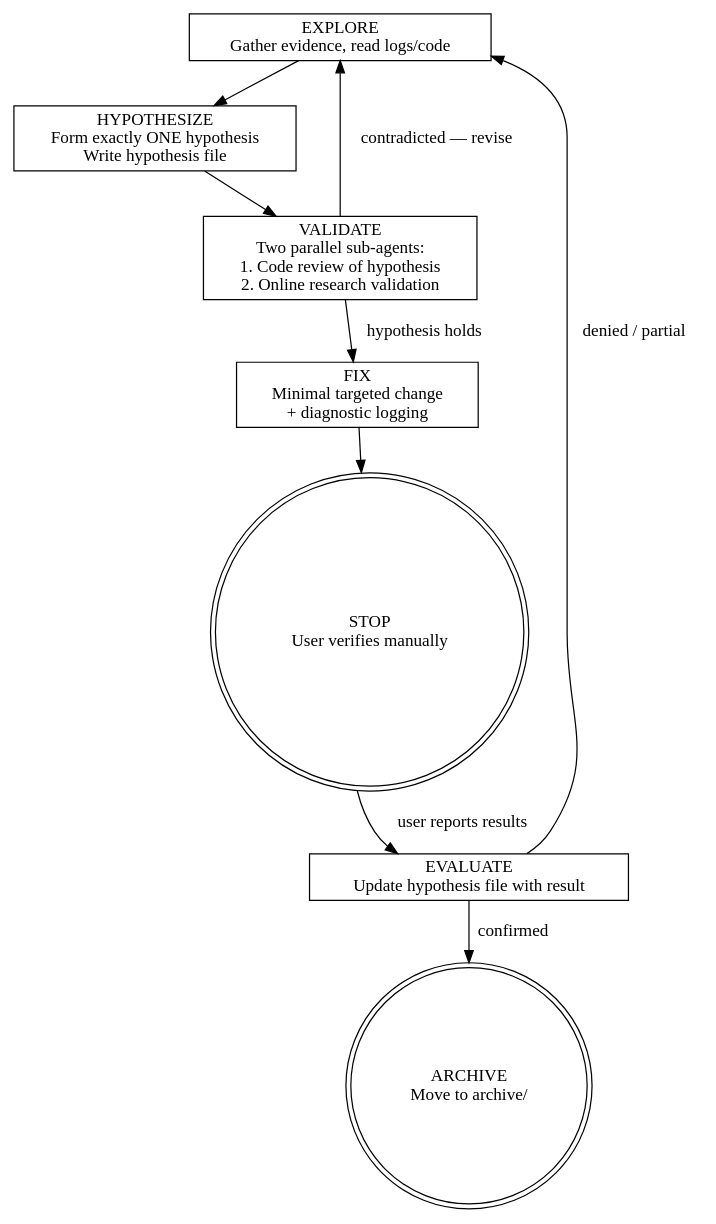
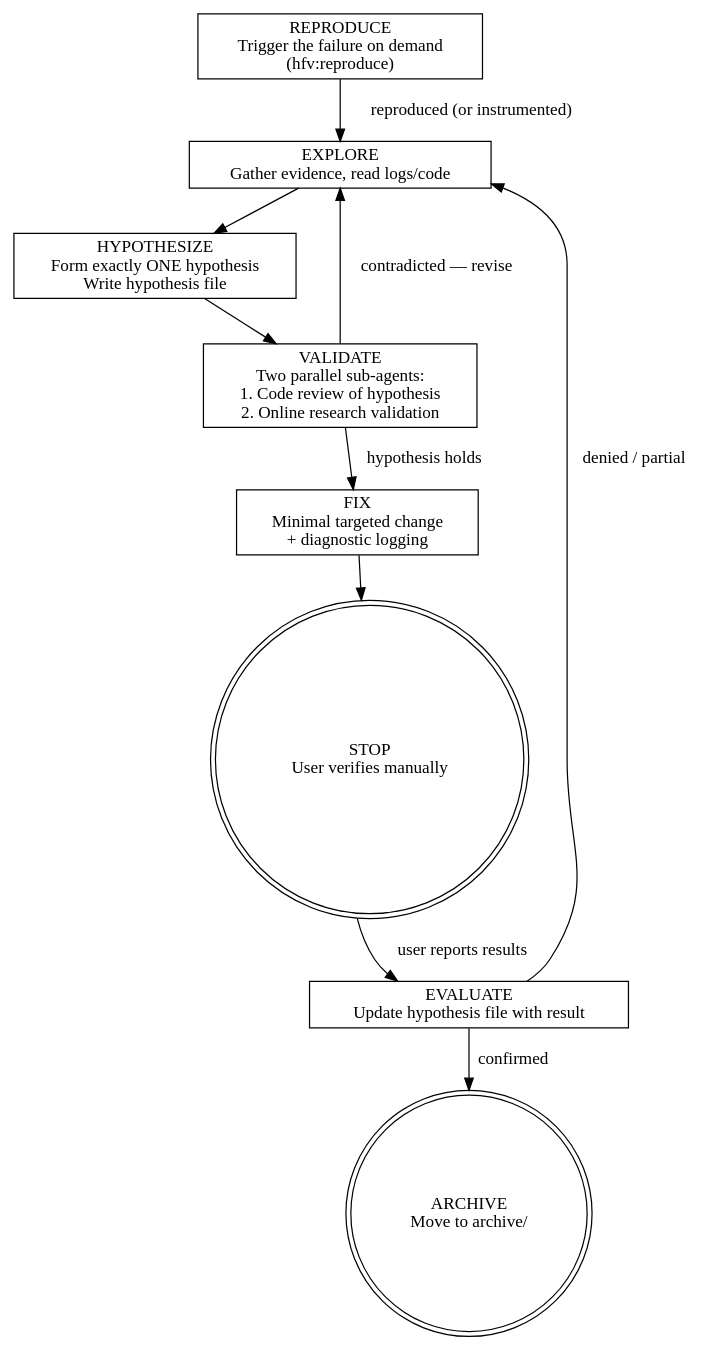
Before and after one commit to thomaslty/claude-skills: the diagram in commands/hfv/full.md, drawn with Graphviz. The commit also changed other lines of this file and 7 other files, not shown here.

First line of the commit message:
Strip dated prompt cruft from skills, sync hfv:full REPRODUCE phase

````diff
--- a/commands/hfv/full.md
+++ b/commands/hfv/full.md
@@ -113,23 +118,25 @@
 ```dot
 digraph hfv {
   rankdir=TB;
   node [shape=box];
 
+  reproduce [label="REPRODUCE\nTrigger the failure on demand\n(hfv:reproduce)"];
   explore [label="EXPLORE\nGather evidence, read logs/code"];
   hypothesize [label="HYPOTHESIZE\nForm exactly ONE hypothesis\nWrite hypothesis file"];
   validate [label="VALIDATE\nTwo parallel sub-agents:\n1. Code review of hypothesis\n2. Online research validation"];
   fix [label="FIX\nMinimal targeted change\n+ diagnostic logging"];
   stop [label="STOP\nUser verifies manually" shape=doublecircle];
   evaluate [label="EVALUATE\nUpdate hypothesis file with result"];
   archive [label="ARCHIVE\nMove to archive/" shape=doublecircle];
 
+  reproduce -> explore [label="reproduced (or instrumented)"];
   explore -> hypothesize;
   hypothesize -> validate;
   validate -> fix [label="hypothesis holds"];
   validate -> explore [label="contradicted — revise"];
   fix -> stop;
   stop -> evaluate [label="user reports results"];
   evaluate -> explore [label="denied / partial"];
   evaluate -> archive [label="confirmed"];
 }
 ```
````
